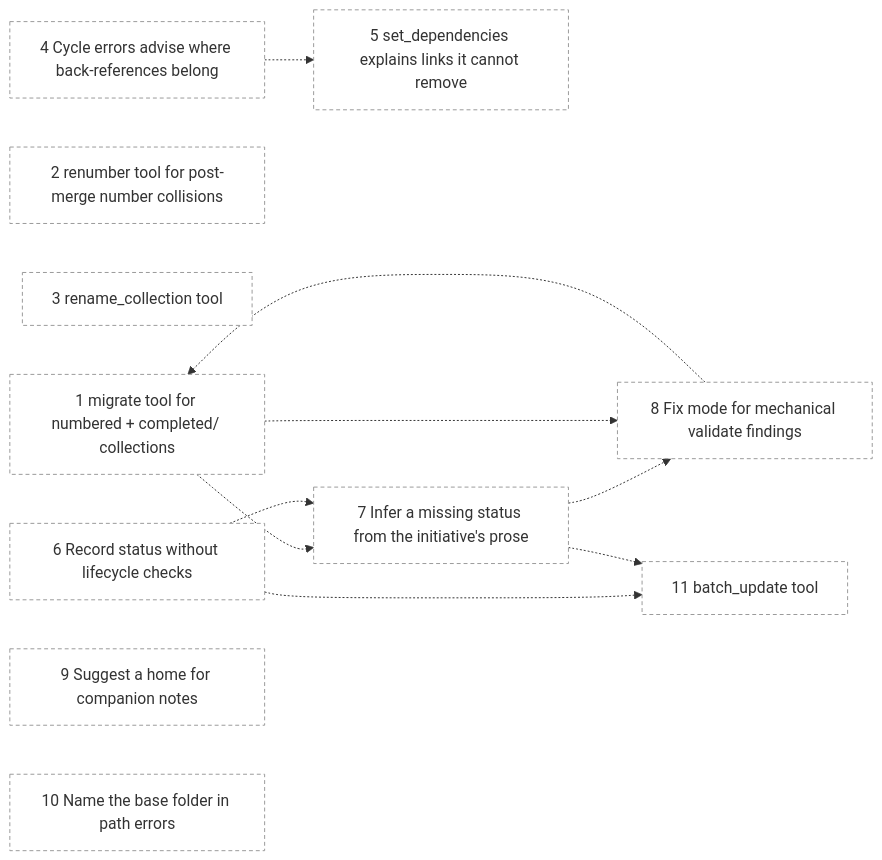
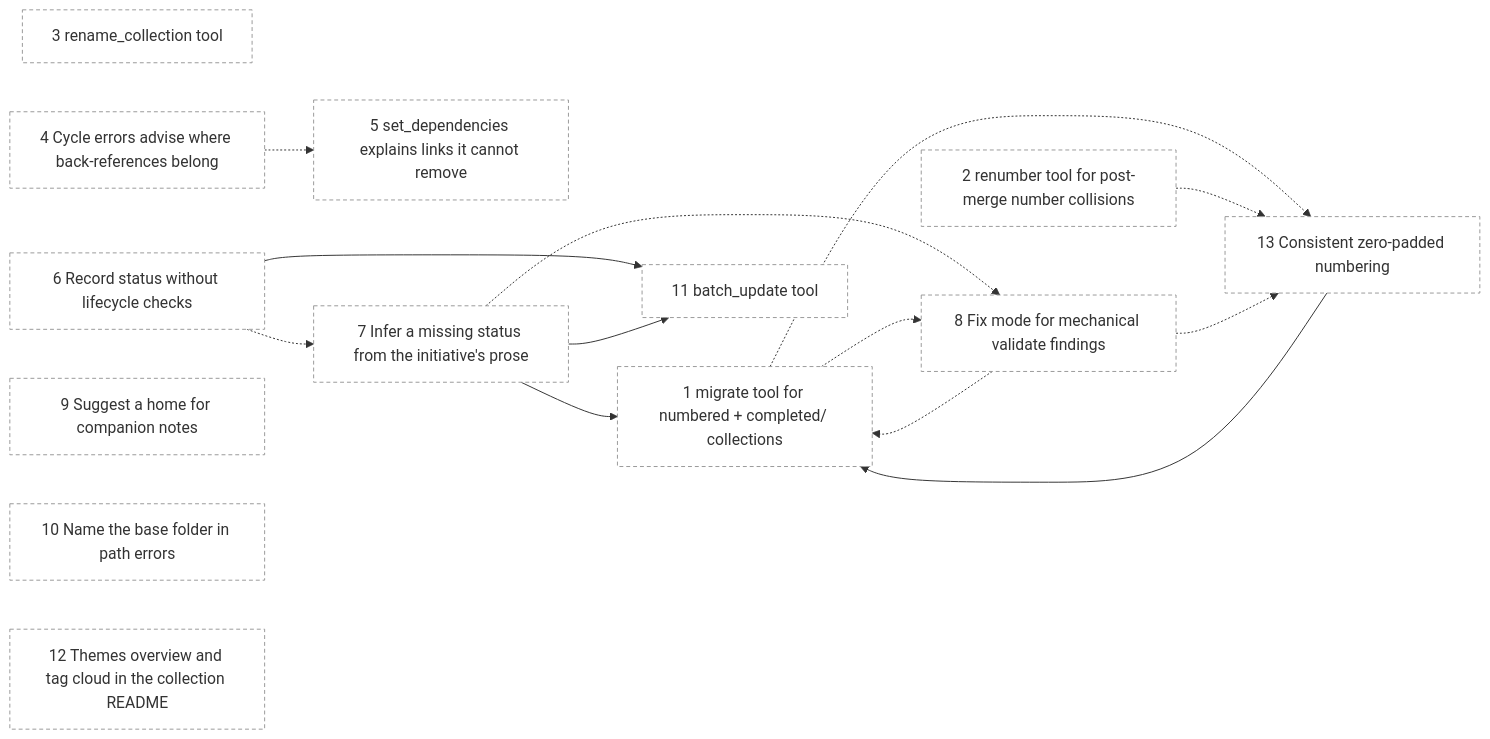
One commit to duckAsteroid/brindley changed the diagram in initiatives/README.md. Above: the diagram before and after it, drawn with Mermaid. The commit also changed other lines of this file and 15 other files, not shown here.

````diff
--- a/initiatives/README.md
+++ b/initiatives/README.md
@@ -36,28 +38,34 @@
 ```mermaid
 flowchart LR
   n1["1 migrate tool for numbered + completed/ collections"]:::draft
   n2["2 renumber tool for post-merge number collisions"]:::draft
   n3["3 rename_collection tool"]:::draft
   n4["4 Cycle errors advise where back-references belong"]:::draft
   n5["5 set_dependencies explains links it cannot remove"]:::draft
   n6["6 Record status without lifecycle checks"]:::draft
   n7["7 Infer a missing status from the initiative's prose"]:::draft
   n8["8 Fix mode for mechanical validate findings"]:::draft
   n9["9 Suggest a home for companion notes"]:::draft
   n10["10 Name the base folder in path errors"]:::draft
   n11["11 batch_update tool"]:::draft
+  n12["12 Themes overview and tag cloud in the collection README"]:::draft
+  n13["13 Consistent zero-padded numbering"]:::draft
+  n7 --> n1
+  n13 --> n1
   n8 -.-> n1
   n4 -.-> n5
-  n1 -.-> n7
   n6 -.-> n7
   n7 -.-> n8
   n1 -.-> n8
-  n6 -.-> n11
-  n7 -.-> n11
+  n6 --> n11
+  n7 --> n11
+  n1 -.-> n13
+  n2 -.-> n13
+  n8 -.-> n13
   classDef done fill:#e6e6e6,color:#777,stroke:#bbb
   classDef draft fill:#fff,stroke:#999,stroke-dasharray:4 3
   classDef designed fill:#e8f0fe,stroke:#4a7bd0
   classDef ready fill:#d9f2e3,stroke:#2e8b57,stroke-width:2px
   classDef inprogress fill:#fff4d6,stroke:#d49a00,stroke-width:2px
   classDef external fill:#fafafa,stroke:#999
 ```
````
